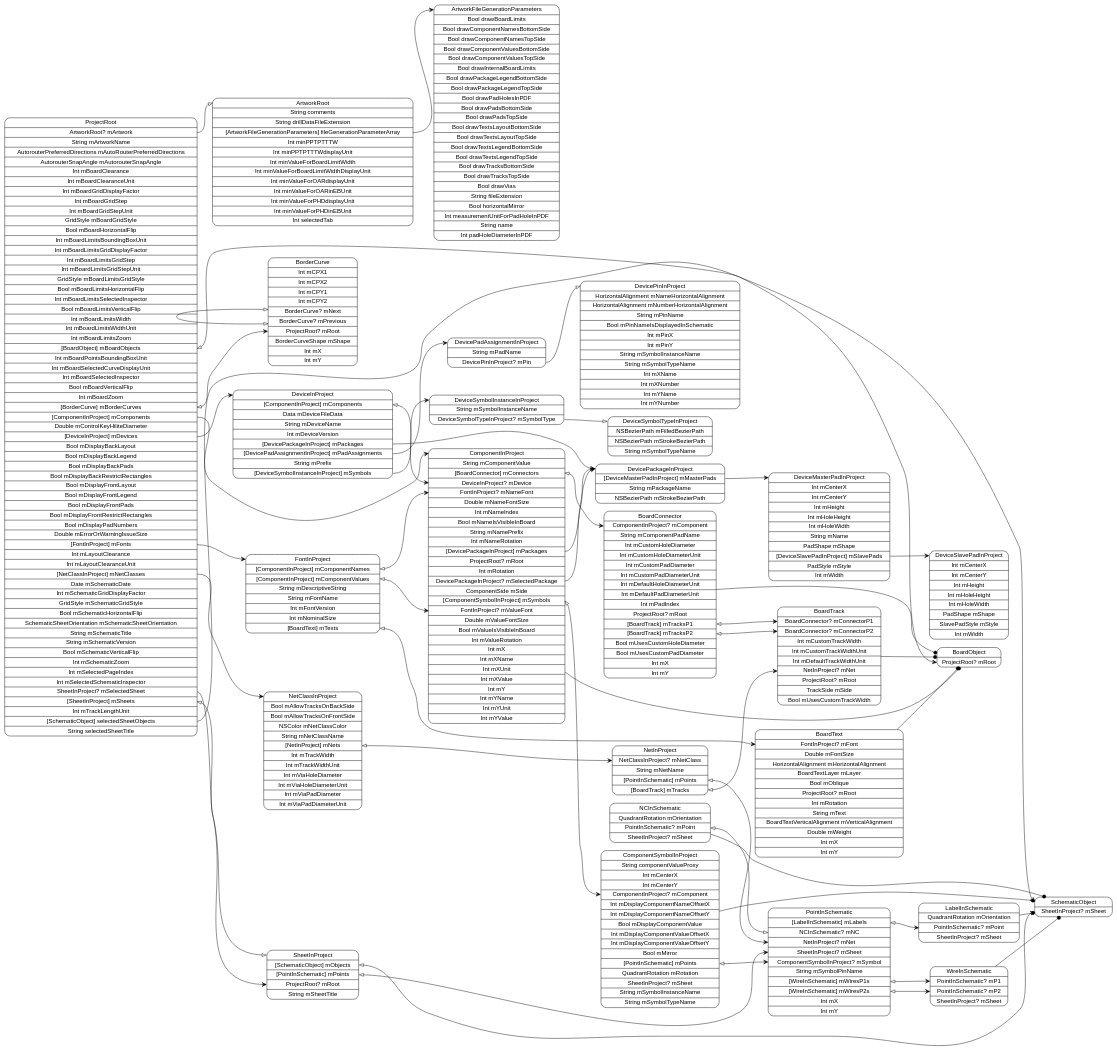
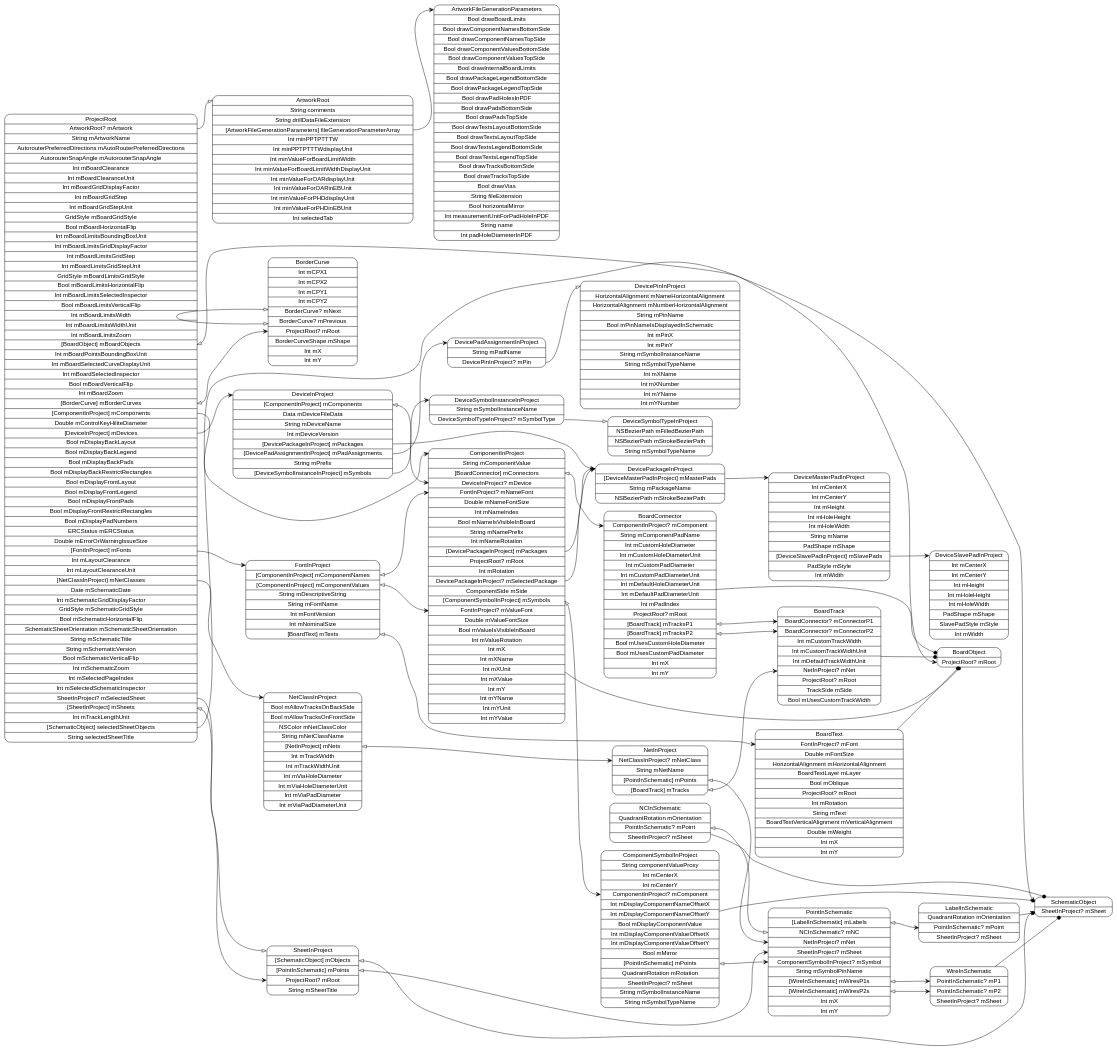
Before and after one commit to pierremolinaro/ElCanari-dev: the diagram in models/ProjectRoot.dot, drawn with Graphviz. The commit also changed 21 other files, not shown here.

```diff
--- a/models/ProjectRoot.dot
+++ b/models/ProjectRoot.dot
@@ -1,7 +1,7 @@
 digraph G {
   rankdir=LR ;
   node [shape=record fontname=helvetica style=rounded] ;
-  ProjectRoot[label="<ProjectRoot>ProjectRoot|<mArtwork>ArtworkRoot? mArtwork|String mArtworkName|AutorouterPreferredDirections mAutoRouterPreferredDirections|AutorouterSnapAngle mAutorouterSnapAngle|Int mBoardClearance|Int mBoardClearanceUnit|Int mBoardGridDisplayFactor|Int mBoardGridStep|Int mBoardGridStepUnit|GridStyle mBoardGridStyle|Bool mBoardHorizontalFlip|Int mBoardLimitsBoundingBoxUnit|Int mBoardLimitsGridDisplayFactor|Int mBoardLimitsGridStep|Int mBoardLimitsGridStepUnit|GridStyle mBoardLimitsGridStyle|Bool mBoardLimitsHorizontalFlip|Int mBoardLimitsSelectedInspector|Bool mBoardLimitsVerticalFlip|Int mBoardLimitsWidth|Int mBoardLimitsWidthUnit|Int mBoardLimitsZoom|<mBoardObjects>[BoardObject] mBoardObjects|Int mBoardPointsBoundingBoxUnit|Int mBoardSelectedCurveDisplayUnit|Int mBoardSelectedInspector|Bool mBoardVerticalFlip|Int mBoardZoom|<mBorderCurves>[BorderCurve] mBorderCurves|<mComponents>[ComponentInProject] mComponents|Double mControlKeyHiliteDiameter|<mDevices>[DeviceInProject] mDevices|Bool mDisplayBackLayout|Bool mDisplayBackLegend|Bool mDisplayBackPads|Bool mDisplayBackRestrictRectangles|Bool mDisplayFrontLayout|Bool mDisplayFrontLegend|Bool mDisplayFrontPads|Bool mDisplayFrontRestrictRectangles|Bool mDisplayPadNumbers|Double mErrorOrWarningIssueSize|<mFonts>[FontInProject] mFonts|Int mLayoutClearance|Int mLayoutClearanceUnit|<mNetClasses>[NetClassInProject] mNetClasses|Date mSchematicDate|Int mSchematicGridDisplayFactor|GridStyle mSchematicGridStyle|Bool mSchematicHorizontalFlip|SchematicSheetOrientation mSchematicSheetOrientation|String mSchematicTitle|String mSchematicVersion|Bool mSchematicVerticalFlip|Int mSchematicZoom|Int mSelectedPageIndex|Int mSelectedSchematicInspector|<mSelectedSheet>SheetInProject? mSelectedSheet|<mSheets>[SheetInProject] mSheets|Int mTrackLengthUnit|<selectedSheetObjects>[SchematicObject] selectedSheetObjects|String selectedSheetTitle"] ;
+  ProjectRoot[label="<ProjectRoot>ProjectRoot|<mArtwork>ArtworkRoot? mArtwork|String mArtworkName|AutorouterPreferredDirections mAutoRouterPreferredDirections|AutorouterSnapAngle mAutorouterSnapAngle|Int mBoardClearance|Int mBoardClearanceUnit|Int mBoardGridDisplayFactor|Int mBoardGridStep|Int mBoardGridStepUnit|GridStyle mBoardGridStyle|Bool mBoardHorizontalFlip|Int mBoardLimitsBoundingBoxUnit|Int mBoardLimitsGridDisplayFactor|Int mBoardLimitsGridStep|Int mBoardLimitsGridStepUnit|GridStyle mBoardLimitsGridStyle|Bool mBoardLimitsHorizontalFlip|Int mBoardLimitsSelectedInspector|Bool mBoardLimitsVerticalFlip|Int mBoardLimitsWidth|Int mBoardLimitsWidthUnit|Int mBoardLimitsZoom|<mBoardObjects>[BoardObject] mBoardObjects|Int mBoardPointsBoundingBoxUnit|Int mBoardSelectedCurveDisplayUnit|Int mBoardSelectedInspector|Bool mBoardVerticalFlip|Int mBoardZoom|<mBorderCurves>[BorderCurve] mBorderCurves|<mComponents>[ComponentInProject] mComponents|Double mControlKeyHiliteDiameter|<mDevices>[DeviceInProject] mDevices|Bool mDisplayBackLayout|Bool mDisplayBackLegend|Bool mDisplayBackPads|Bool mDisplayBackRestrictRectangles|Bool mDisplayFrontLayout|Bool mDisplayFrontLegend|Bool mDisplayFrontPads|Bool mDisplayFrontRestrictRectangles|Bool mDisplayPadNumbers|ERCStatus mERCStatus|Double mErrorOrWarningIssueSize|<mFonts>[FontInProject] mFonts|Int mLayoutClearance|Int mLayoutClearanceUnit|<mNetClasses>[NetClassInProject] mNetClasses|Date mSchematicDate|Int mSchematicGridDisplayFactor|GridStyle mSchematicGridStyle|Bool mSchematicHorizontalFlip|SchematicSheetOrientation mSchematicSheetOrientation|String mSchematicTitle|String mSchematicVersion|Bool mSchematicVerticalFlip|Int mSchematicZoom|Int mSelectedPageIndex|Int mSelectedSchematicInspector|<mSelectedSheet>SheetInProject? mSelectedSheet|<mSheets>[SheetInProject] mSheets|Int mTrackLengthUnit|<selectedSheetObjects>[SchematicObject] selectedSheetObjects|String selectedSheetTitle"] ;
   SchematicObject[label="<SchematicObject>SchematicObject|<mSheet>SheetInProject? mSheet"] ;
   SheetInProject[label="<SheetInProject>SheetInProject|<mObjects>[SchematicObject] mObjects|<mPoints>[PointInSchematic] mPoints|<mRoot>ProjectRoot? mRoot|String mSheetTitle"] ;
   PointInSchematic[label="<PointInSchematic>PointInSchematic|<mLabels>[LabelInSchematic] mLabels|<mNC>NCInSchematic? mNC|<mNet>NetInProject? mNet|<mSheet>SheetInProject? mSheet|<mSymbol>ComponentSymbolInProject? mSymbol|String mSymbolPinName|<mWiresP1s>[WireInSchematic] mWiresP1s|<mWiresP2s>[WireInSchematic] mWiresP2s|Int mX|Int mY"] ;
```
